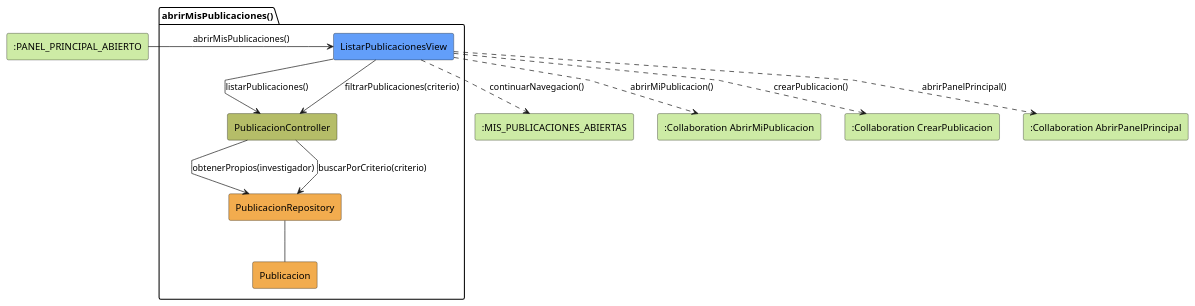
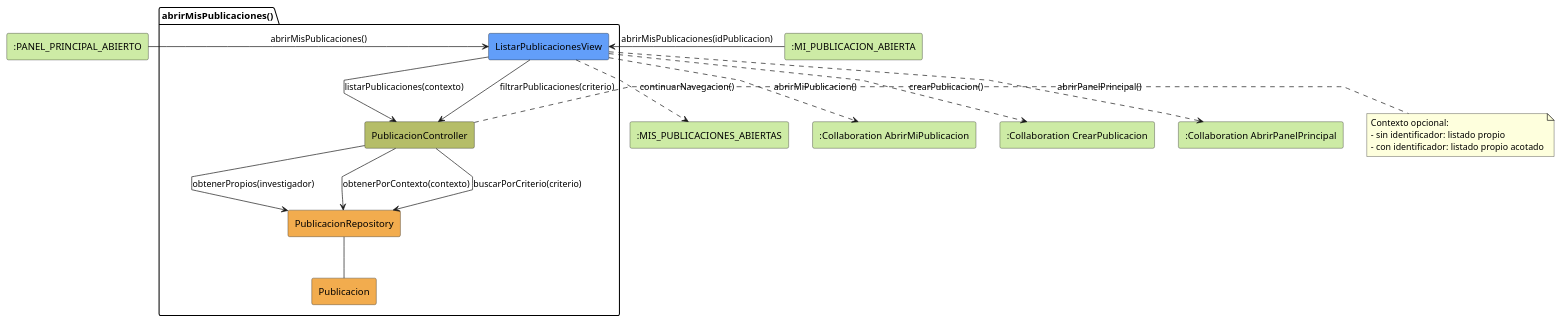
The diagram in RUP/01-analisis/casos-uso/investigador/abrirMisPublicaciones/colaboracion.puml (beatriizorozco/25-26-idsw2-sdVC), drawn with PlantUML before and after one commit. The commit also changed 53 other files, not shown here.

Commit message:
feat: actualizo algunos diagramas de colaboración con la recomendación del profesor

```diff
--- a/RUP/01-analisis/casos-uso/investigador/abrirMisPublicaciones/colaboracion.puml
+++ b/RUP/01-analisis/casos-uso/investigador/abrirMisPublicaciones/colaboracion.puml
@@ -1,29 +1,37 @@
 @startuml abrirMisPublicaciones-analisis
 skinparam linetype polyline
 
-rectangle #CDEBA5 ":PANEL_PRINCIPAL_ABIERTO" as EstadoEntrada
+rectangle #CDEBA5 ":PANEL_PRINCIPAL_ABIERTO" as EstadoEntrada1
+rectangle #CDEBA5 ":MI_PUBLICACION_ABIERTA" as EstadoEntrada2
 package abrirMisPublicaciones as "abrirMisPublicaciones()" {
     rectangle #629EF9 ListarPublicacionesView
     rectangle #b5bd68 PublicacionController
     rectangle #F2AC4E PublicacionRepository
     rectangle #F2AC4E Publicacion
 }
 
 rectangle #CDEBA5 ":MIS_PUBLICACIONES_ABIERTAS" as EstadoSalida
 rectangle #CDEBA5 ":Collaboration AbrirMiPublicacion" as AbrirMiPublicacion
 rectangle #CDEBA5 ":Collaboration CrearPublicacion" as CrearPublicacion
 rectangle #CDEBA5 ":Collaboration AbrirPanelPrincipal" as AbrirPanelPrincipal
 
-EstadoEntrada -r-> ListarPublicacionesView: abrirMisPublicaciones()
+EstadoEntrada1 -r-> ListarPublicacionesView: abrirMisPublicaciones()
+EstadoEntrada2 -r-> ListarPublicacionesView: abrirMisPublicaciones(idPublicacion)
 
-ListarPublicacionesView -d-> PublicacionController: listarPublicaciones()
+ListarPublicacionesView -d-> PublicacionController: listarPublicaciones(contexto)
 ListarPublicacionesView --> PublicacionController: filtrarPublicaciones(criterio)
 PublicacionController --> PublicacionRepository: obtenerPropios(investigador)
+PublicacionController --> PublicacionRepository: obtenerPorContexto(contexto)
 PublicacionController --> PublicacionRepository: buscarPorCriterio(criterio)
 PublicacionRepository -- Publicacion
+note right of PublicacionController
+Contexto opcional:
+- sin identificador: listado propio
+- con identificador: listado propio acotado
+end note
 ListarPublicacionesView ..> EstadoSalida: continuarNavegacion()
 ListarPublicacionesView ..> AbrirMiPublicacion: abrirMiPublicacion()
 ListarPublicacionesView ..> CrearPublicacion: crearPublicacion()
 ListarPublicacionesView ..> AbrirPanelPrincipal: abrirPanelPrincipal()
 
 @enduml
```
